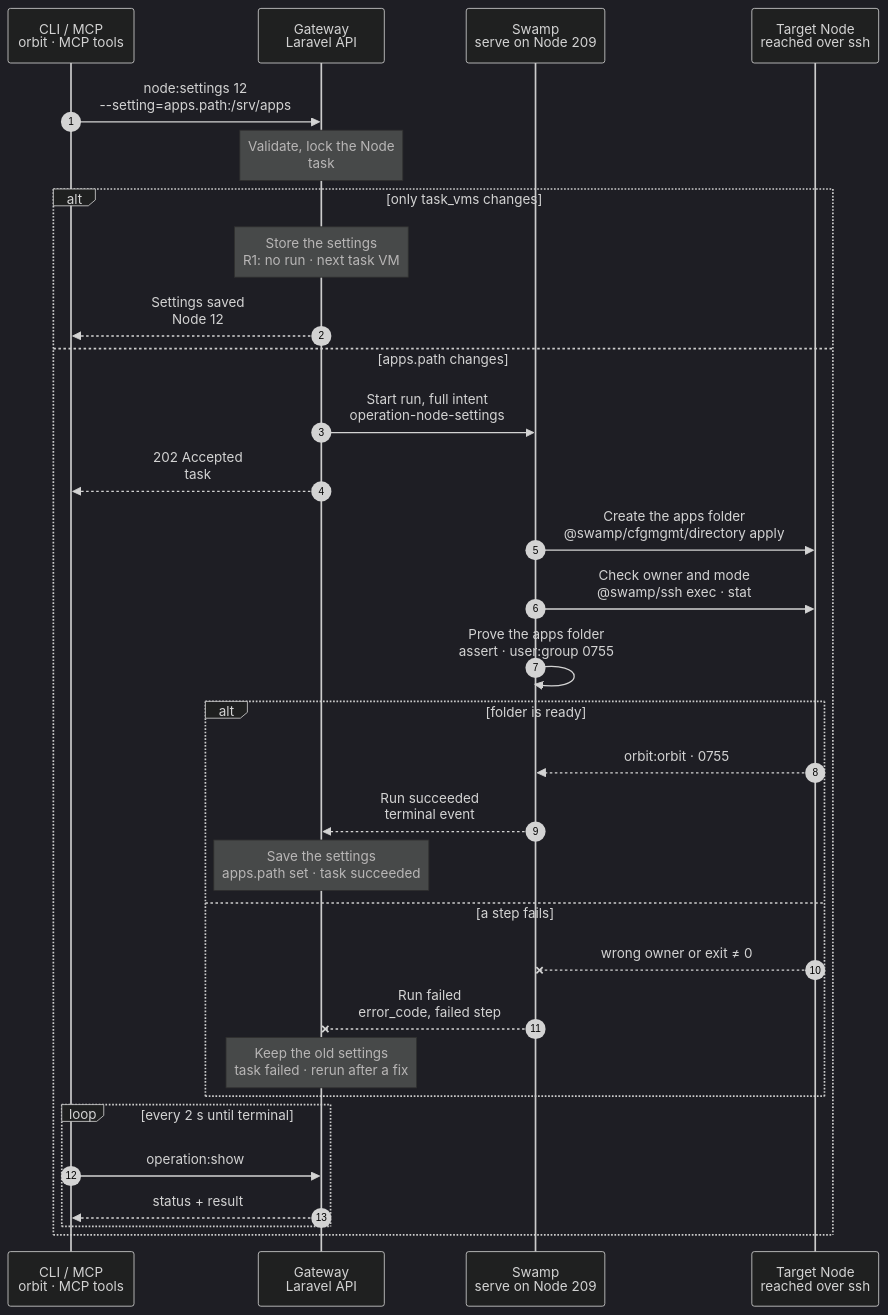
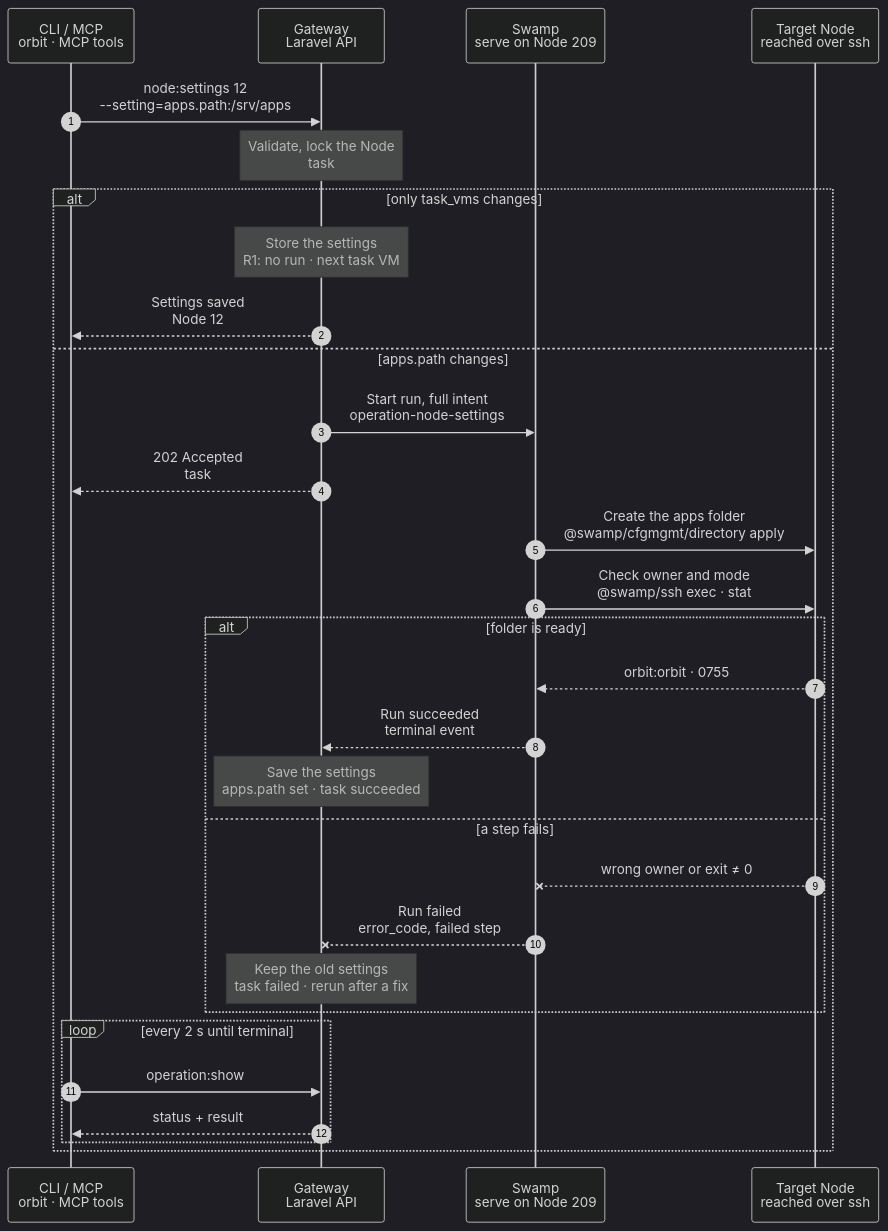
Before and after one commit to hardimpactdev/orbit: the diagram in docs/cli/node/settings.mmd, drawn with Mermaid (dark theme). The commit also changed 12 other files, not shown here.

```diff
--- a/docs/cli/node/settings.mmd
+++ b/docs/cli/node/settings.mmd
@@ -1,124 +1,121 @@
 sequenceDiagram
   %% Target design: ADR 0244 task, DECISIONS R1 (task_vms is record-only), R2, R4 (apps.path is Node work). docs/reference/node-settings.md.
   %% status: draft
   %% command: node:settings
   %% kind: node.settings
   autonumber
   %% lane CLI icon=terminal pill=caller tone=gray
   %% lane GW icon=gateway pill=intent tone=blue
   %% lane SW icon=workflow pill=executes tone=green
   %% lane N icon=server pill=target tone=amber
   participant CLI as CLI / MCP<br/>orbit · MCP tools
   participant GW as Gateway<br/>Laravel API
   participant SW as Swamp<br/>serve on Node 209
   participant N as Target Node<br/>reached over ssh
   CLI->>GW: node:settings 12<br/>--setting=apps.path:/srv/apps
   %%> Command:
   %%> - `orbit node:settings 12 --setting=apps.path:/srv/apps`
   %%> - syntax: `<node> --setting=KEY:VALUE [--setting=…] [--idempotency-key=KEY] [--json]`
   %%> Input:
   %%> - the Node, by id or exact name
   %%> - one or more settings: `apps.path`, or `task_vms` as a JSON object
   %%> - an empty value unsets it: `--setting=apps.path:` sends a null path, `--setting=task_vms:null` removes the task VM host settings
   %%> Who can call it:
   %%> - the `orbit` CLI and the MCP tool send the same request
   Note over GW: Validate, lock the Node<br/>task #5131 · Node 12
   %%> Requirements:
   %%> - your Node has an access grant to Node 12
   %%> - Node 12 is an active, managed Linux Node
   %%> - no other settings change runs for Node 12; the Gateway holds one lock per Node
   %%> Checks for `apps.path`:
   %%> - absolute and normalized: not `/`, no trailing or repeated `/`, no `.` or `..` part
   %%> - not the managed user's home (`/home/<user>`, as Orbit creates it) or an ancestor of it, and not inside a hidden folder of that home
   %%> - not overlapping `/boot`, `/dev`, `/etc`, `/proc`, `/run`, `/sys`, `/usr`, `/opt/orbit`, `/var/lib/orbit`, `/var/www`, or the Gateway checkout and release layout
   %%> - not equal to, or inside, an existing Instance checkout on Node 12
   %%> Checks for `task_vms`:
   %%> - typed fields only, such as `cidr`, `max_vms`, `pool`, `image_alias`
   %%> - the bridge `cidr` overlaps no other task VM host
   %%> Decides:
   %%> - whether the change touches Node 12, or only the record
   alt only task_vms changes
     Note over GW: Store the settings<br/>R1: no run · next task VM
     %%> When:
     %%> - the request changes only `task_vms`
     %%> - or it unsets `apps.path` on a Node without an active `app-dev` role, so no folder is needed
     %%> Why no run:
     %%> - nothing on Node 12 changes now; the values apply when the next task VM is created on Node 12
     %%> - task VMs that already run keep their settings
     %%> Result:
     %%> - Node 12's task VM host settings are saved
     %%> - task #5131 succeeds at once; no Swamp run starts (R1)
     GW-->>CLI: Settings saved<br/>Node 12
     %%> What you get:
     %%> - the Node with its new settings, at once; there is nothing to follow
   else apps.path changes
     GW->>SW: Start run, full intent<br/>operation-node-settings
     %%> When:
     %%> - the request changes `apps.path`, alone or together with `task_vms`
     %%> - unsetting it on a Node with an active `app-dev` role prepares the default folder, `<managed-user-home>/apps`
     %%> What it does:
     %%> - starts one Swamp run on serve (Node 209)
     %%> Inputs:
     %%> - the new apps folder, and the managed user and group that must own it
     %%> - Node 12's address and SSH host keys; the SSH identity comes from the `swamp` role
     %%> Not stored yet:
     %%> - the settings stay unchanged until the run succeeds (R2)
     GW-->>CLI: 202 Accepted<br/>task #5131
     %%> What you get:
     %%> - the task number, at once
     %%> Next:
     %%> - the CLI follows the task with `operation:show`
     SW->>N: Create the apps folder<br/>@swamp/cfgmgmt/directory apply
     %%> What it does:
     %%> - creates `/srv/apps` and any missing folders above it
     %%> - gives `/srv/apps` the managed user and group and mode `0755`
     %%> How:
     %%> - Swamp reaches Node 12 over SSH from 209 with the official `@swamp/cfgmgmt/directory` behavior and sudo
     %%> Not included:
     %%> - existing Instances don't move; their checkouts stay where they are
     %%> - new development Instances use `/srv/apps/<project>/<instance>`
     SW->>N: Check owner and mode<br/>@swamp/ssh exec · stat
     %%> What it does:
     %%> - reads the folder's type, owner, group and mode in one `stat`
-    SW->>SW: Prove the apps folder<br/>assert · user:group 0755
-    %%> What it does:
-    %%> - Swamp's native `assert` compares the `stat` result with the intent
     %%> Why:
-    %%> - a part only counts as applied when the Node shows it
+    %%> - it is the one end check: the Gateway compares its output with the intent, a real folder of the managed user and group, mode 0755
     alt folder is ready
       N-->>SW: orbit:orbit · 0755
       %%> Returns:
       %%> - the check passed
       SW-->>GW: Run succeeded<br/>terminal event
       %%> How the Gateway learns it:
       %%> - its shared run reader sees the terminal event; Swamp never calls the Gateway
       Note over GW: Save the settings<br/>apps.path set · task succeeded
       %%> Result:
       %%> - Node 12's `apps.path` is `/srv/apps`; any `task_vms` change in the same request is saved with it
       %%> - task #5131 succeeds
     else a step fails
       N--xSW: wrong owner or exit ≠ 0
       %%> When:
       %%> - the folder can't be created, a file is in the way, or the check doesn't match
       SW--xGW: Run failed<br/>error_code, failed step
       %%> The Gateway reads:
       %%> - which step failed and its error code
       Note over GW: Keep the old settings<br/>task failed · rerun after a fix
       %%> Result:
       %%> - Node 12's settings stay unchanged
       %%> - task #5131 fails
       %%> On the Node:
       %%> - folders created before the failure stay; there is no rollback
       %%> - that is safe: an empty folder is harmless, and a rerun leaves it as it is
       %%> Retry:
       %%> - run the same command again after fixing the cause; it is a new task
     end
     loop every 2 s until terminal
       CLI->>GW: operation:show #5131
       %%> What it does:
       %%> - asks for the task's status every 2 seconds until it has ended
       GW-->>CLI: status + result
       %%> Returns:
       %%> - the current status, and the result once the task has ended
     end
   end
```
